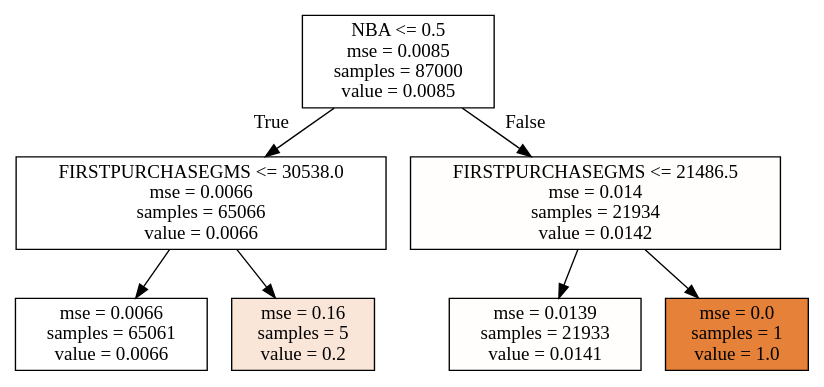
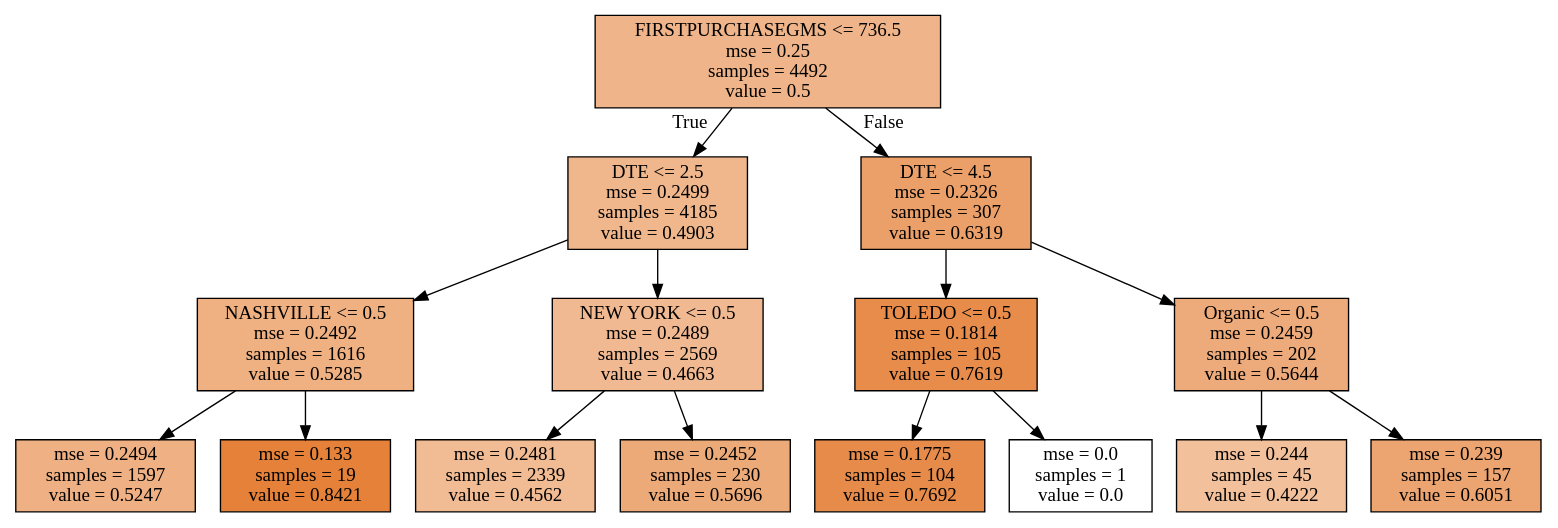
The diagram in final-project/1/tree.dot (ishi1987/DS-SF-36), drawn with Graphviz before and after one commit. The commit also changed 5 other files, not shown here.

```diff
--- a/final-project/1/tree.dot
+++ b/final-project/1/tree.dot
@@ -1,16 +1,32 @@
 digraph Tree {
 node [shape=box, style="filled", color="black"] ;
-0 [label="NBA <= 0.5\nmse = 0.0085\nsamples = 87000\nvalue = 0.0085", fillcolor="#e5813900"] ;
-1 [label="FIRSTPURCHASEGMS <= 30538.0\nmse = 0.0066\nsamples = 65066\nvalue = 0.0066", fillcolor="#e5813900"] ;
+0 [label="FIRSTPURCHASEGMS <= 736.5\nmse = 0.25\nsamples = 4492\nvalue = 0.5", fillcolor="#e5813997"] ;
+1 [label="DTE <= 2.5\nmse = 0.2499\nsamples = 4185\nvalue = 0.4903", fillcolor="#e5813994"] ;
 0 -> 1 [labeldistance=2.5, labelangle=45, headlabel="True"] ;
-2 [label="mse = 0.0066\nsamples = 65061\nvalue = 0.0066", fillcolor="#e5813900"] ;
+2 [label="NASHVILLE <= 0.5\nmse = 0.2492\nsamples = 1616\nvalue = 0.5285", fillcolor="#e58139a0"] ;
 1 -> 2 ;
-3 [label="mse = 0.16\nsamples = 5\nvalue = 0.2", fillcolor="#e5813932"] ;
-1 -> 3 ;
-4 [label="FIRSTPURCHASEGMS <= 21486.5\nmse = 0.014\nsamples = 21934\nvalue = 0.0142", fillcolor="#e5813902"] ;
-0 -> 4 [labeldistance=2.5, labelangle=-45, headlabel="False"] ;
-5 [label="mse = 0.0139\nsamples = 21933\nvalue = 0.0141", fillcolor="#e5813902"] ;
-4 -> 5 ;
-6 [label="mse = 0.0\nsamples = 1\nvalue = 1.0", fillcolor="#e58139ff"] ;
-4 -> 6 ;
+3 [label="mse = 0.2494\nsamples = 1597\nvalue = 0.5247", fillcolor="#e581399f"] ;
+2 -> 3 ;
+4 [label="mse = 0.133\nsamples = 19\nvalue = 0.8421", fillcolor="#e58139ff"] ;
+2 -> 4 ;
+5 [label="NEW YORK <= 0.5\nmse = 0.2489\nsamples = 2569\nvalue = 0.4663", fillcolor="#e581398d"] ;
+1 -> 5 ;
+6 [label="mse = 0.2481\nsamples = 2339\nvalue = 0.4562", fillcolor="#e581398a"] ;
+5 -> 6 ;
+7 [label="mse = 0.2452\nsamples = 230\nvalue = 0.5696", fillcolor="#e58139ac"] ;
+5 -> 7 ;
+8 [label="DTE <= 4.5\nmse = 0.2326\nsamples = 307\nvalue = 0.6319", fillcolor="#e58139bf"] ;
+0 -> 8 [labeldistance=2.5, labelangle=-45, headlabel="False"] ;
+9 [label="TOLEDO <= 0.5\nmse = 0.1814\nsamples = 105\nvalue = 0.7619", fillcolor="#e58139e7"] ;
+8 -> 9 ;
+10 [label="mse = 0.1775\nsamples = 104\nvalue = 0.7692", fillcolor="#e58139e9"] ;
+9 -> 10 ;
+11 [label="mse = 0.0\nsamples = 1\nvalue = 0.0", fillcolor="#e5813900"] ;
+9 -> 11 ;
+12 [label="Organic <= 0.5\nmse = 0.2459\nsamples = 202\nvalue = 0.5644", fillcolor="#e58139ab"] ;
+8 -> 12 ;
+13 [label="mse = 0.244\nsamples = 45\nvalue = 0.4222", fillcolor="#e5813980"] ;
+12 -> 13 ;
+14 [label="mse = 0.239\nsamples = 157\nvalue = 0.6051", fillcolor="#e58139b7"] ;
+12 -> 14 ;
 }
```
